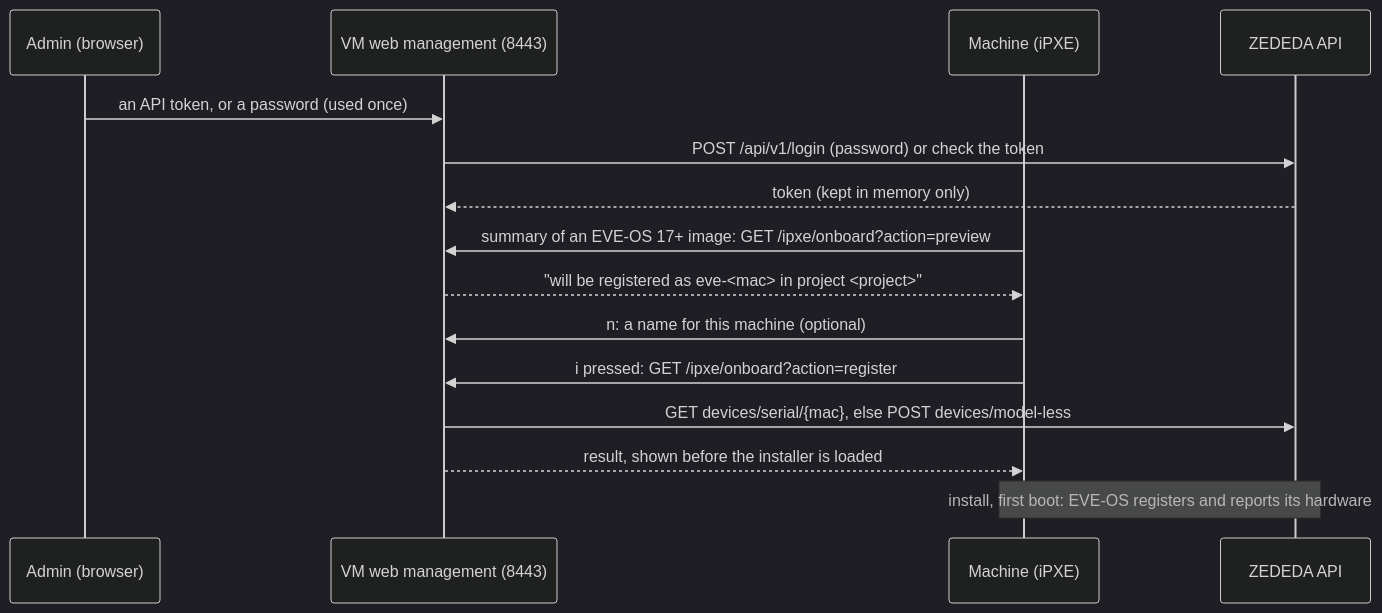
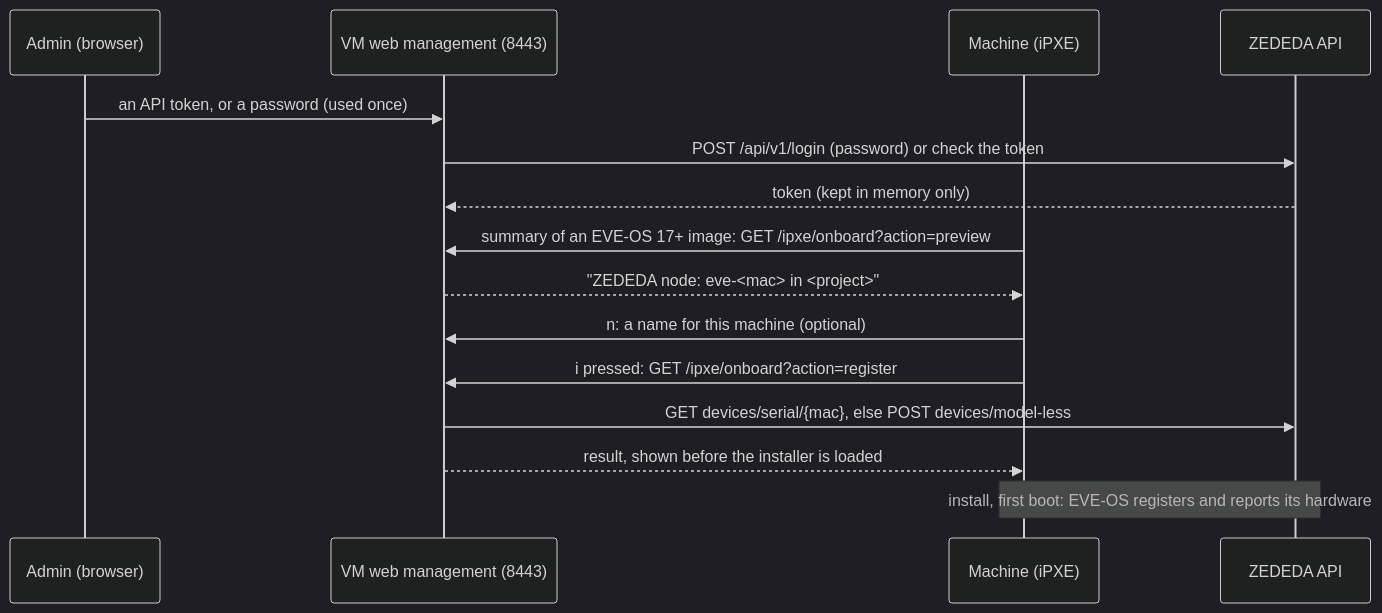
One commit to michiel-zededa/eve-netboot-installer changed the diagram in docs/design/zededa-onboarding.md. Above: the diagram before and after it, drawn with Mermaid (dark theme). The commit also changed other lines of this file and 18 other files, not shown here.

````diff
--- a/docs/design/zededa-onboarding.md
+++ b/docs/design/zededa-onboarding.md
@@ -92,17 +92,17 @@
 ```mermaid
 sequenceDiagram
     participant A as Admin (browser)
     participant W as VM web management (8443)
     participant M as Machine (iPXE)
     participant Z as ZEDEDA API
     A->>W: an API token, or a password (used once)
     W->>Z: POST /api/v1/login (password) or check the token
     Z-->>W: token (kept in memory only)
     M->>W: summary of an EVE-OS 17+ image: GET /ipxe/onboard?action=preview
-    W-->>M: "will be registered as eve-<mac> in project <project>"
+    W-->>M: "ZEDEDA node: eve-<mac> in <project>"
     M->>W: n: a name for this machine (optional)
     M->>W: i pressed: GET /ipxe/onboard?action=register
     W->>Z: GET devices/serial/{mac}, else POST devices/model-less
     W-->>M: result, shown before the installer is loaded
     Note over M,Z: install, first boot: EVE-OS registers and reports its hardware
 ```
````
